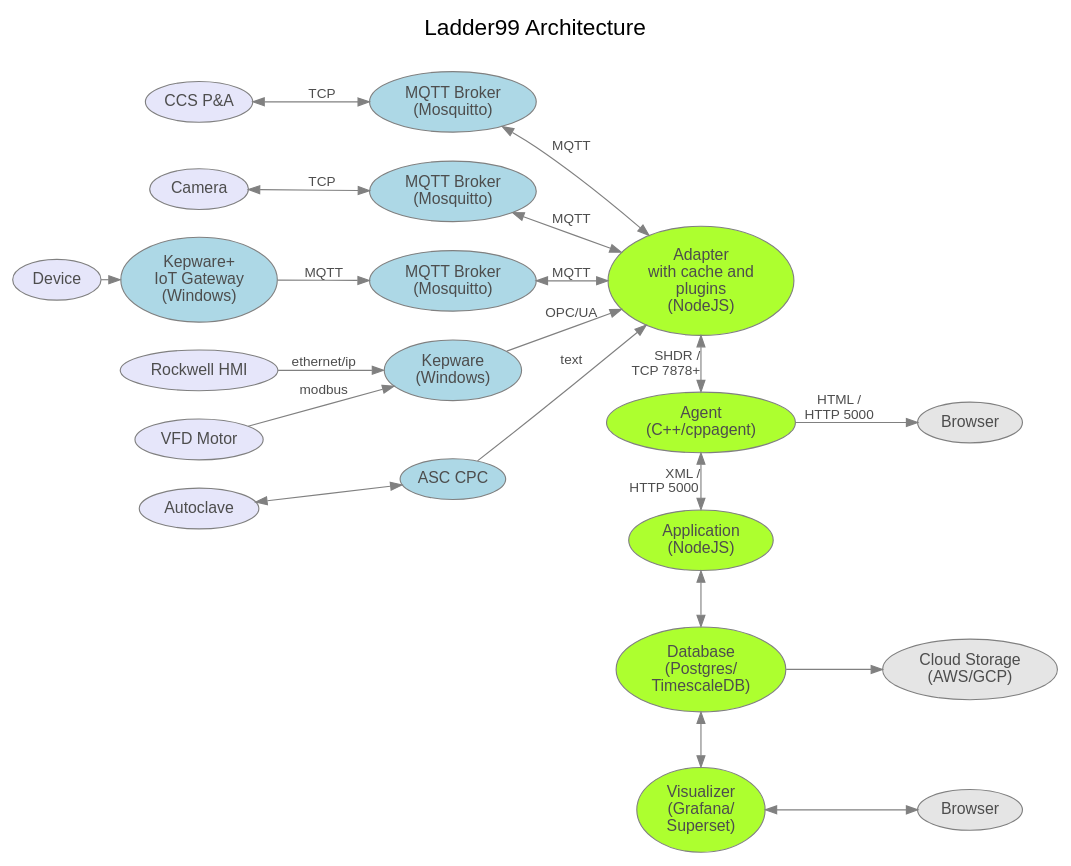
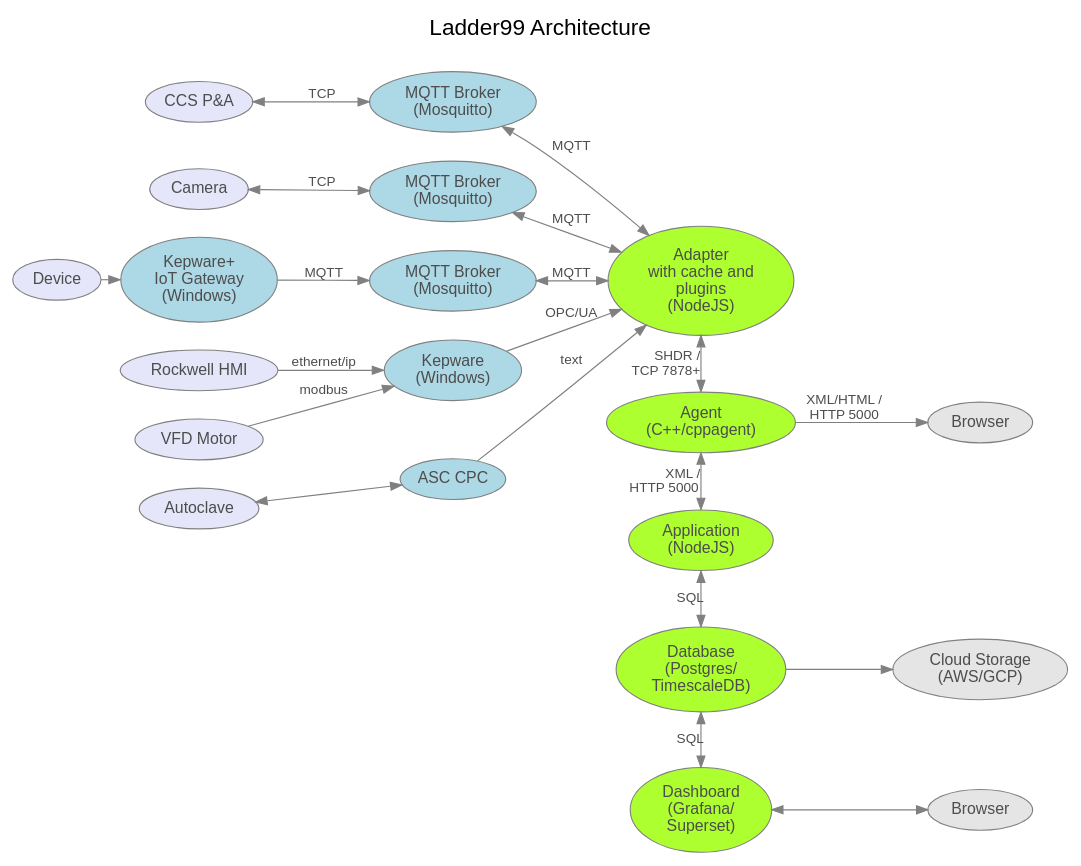
The diagram in design/architecture.dot (Ladder99/ladder99), drawn with Graphviz before and after one commit. The commit also changed 1 other file, not shown here.

```diff
--- a/design/architecture.dot
+++ b/design/architecture.dot
@@ -1,111 +1,111 @@
 // graphviz diagram
 // colors https://www.graphviz.org/doc/info/colors.html
 
 digraph {
 
   //------------------------------------------------------------------------
   // styles
   //------------------------------------------------------------------------
 
   graph [ label="Ladder99 Architecture\n ", color=lightgray; ];
   graph [ fontsize=20 ];
   graph [ labelloc=t ];
   graph [ ranksep=0.2 ];
   graph [ nodesep=0.35 ];
   graph [ rankdir=LR; ] // left-to-right
   graph [ fontname="sans-serif" ];
 
   node [ color=gray, fillcolor=white, style=filled ];
   node [ fontname="sans-serif", fontcolor=gray30 ];
 
   edge [ color=gray ];
   edge [ fontsize=12, fontcolor=gray30 ];
   edge [ fontname="sans-serif" ];
 
 
   //------------------------------------------------------------------------
   // nodes
   //------------------------------------------------------------------------
 
   // devices
   PA [ fillcolor=lavender, label="CCS P&A" ];
   HMI [ fillcolor=lavender, label="Rockwell HMI" ];
   Motor [ fillcolor=lavender, label="VFD Motor" ];
   OldMachine3 [ fillcolor=lavender, label="Device" ];
   Camera [ fillcolor=lavender, label="Camera" ];
   Autoclave [ fillcolor=lavender, label="Autoclave" ];
   // OldMachine1 [ fillcolor=lavender, label="Old Machine 1" ];
 
   // intermediaries
   Broker1 [ fillcolor=lightblue, label="MQTT Broker\n(Mosquitto)" ];
   Broker3 [ fillcolor=lightblue, label="MQTT Broker\n(Mosquitto)" ];
   Broker4 [ fillcolor=lightblue, label="MQTT Broker\n(Mosquitto)" ];
   Kepware1 [ fillcolor=lightblue, label="Kepware\n(Windows)"];
   Kepware2 [ fillcolor=lightblue, label="Kepware+\nIoT Gateway\n(Windows)"];
   CPC [ fillcolor=lightblue, label="ASC CPC" ];
   // PLC4X [ fillcolor=lightblue, label="PLC4X\n(Java)" ];
 
   // mtconnect
   Adapter [ fillcolor=greenyellow, label="Adapter\nwith cache and\nplugins\n(NodeJS)" ];
   Agent [ fillcolor=greenyellow, label="Agent\n(C++/cppagent)" ];
   Application [ fillcolor=greenyellow, label="Application\n(NodeJS)" ];
 
   // diode
   // DiodeSender [ label="Diode Sender\n(Java+RabbitMQ)" ];
   // DiodeReceiver [ label="Diode Receiver\n(Java+RabbitMQ)" ];
 
   // applications
   Database [ fillcolor=greenyellow, label="Database\n(Postgres/\nTimescaleDB)" ];
-  Visualizer [ fillcolor=greenyellow, label="Visualizer\n(Grafana/\nSuperset)" ];
+  Dashboard [ fillcolor=greenyellow, label="Dashboard\n(Grafana/\nSuperset)" ];
   Cloud [ fillcolor=gray90, label="Cloud Storage\n(AWS/GCP)" ];
   Browser [ fillcolor=gray90 ];
   Browser2 [ fillcolor=gray90, label="Browser" ];
   // LOI [ fillcolor=gray90, label="LOI\n(SvelteJS)" ];
 
   // users
   // Admin [ fillcolor=lightyellow ];
   // Operator [ fillcolor=lightyellow ];
 
 
   //------------------------------------------------------------------------
   // edges
   //------------------------------------------------------------------------
 
   PA -> Broker1 [ label="  TCP  ", dir=both ];
   Camera -> Broker3 [ label="  TCP  ", dir=both ];
   Autoclave -> CPC [ dir=both ];
   Broker1 -> Adapter [ label="MQTT", dir=both ];
   Broker3 -> Adapter [ label="MQTT", dir=both ];
   Broker4 -> Adapter [ label="MQTT", dir=both ];
   // OldMachine1 -> PLC4X; // [ label="proprietary\nprotocol" ];
   // PLC4X -> Broker3 [ label="" ];
   HMI -> Kepware1 [ label="ethernet/ip" ];
   Motor -> Kepware1 [ label="modbus" ];
   Kepware1 -> Adapter [ label="OPC/UA" ];
   // Kepware2 -> Gateway;
   CPC -> Adapter [ label="text" ];
   // Gateway -> Broker4 [ label="MQTT" ];
   OldMachine3 -> Kepware2;
   Kepware2 -> Broker4 [ label="MQTT" ];
   Adapter -> Agent [ label="SHDR /   \nTCP 7878+         ", dir=both ];
   // Adapter -> DiodeSender [ label="SHDR /   \nTCP 7878      ", dir=both, style=dotted ];
   // DiodeSender -> DiodeReceiver [ label="UDP    ", style=dotted ];
   // DiodeReceiver -> Agent [ label="SHDR /    \nTCP 7878        ", style=dotted ];
   Agent -> Application [ dir=both; label="XML / \nHTTP 5000          " ];
-  Agent -> Browser [ label="HTML /\nHTTP 5000" ];
-  Application -> Database [ dir=both ];
-  Database -> Visualizer [ dir=both ];
+  Agent -> Browser [ label="XML/HTML /\nHTTP 5000" ];
+  Application -> Database [ label="SQL", dir=both ];
+  Database -> Dashboard [ label="SQL", dir=both ];
   Database -> Cloud;
-  Visualizer -> Browser2 [ dir=both ];
+  Dashboard -> Browser2 [ dir=both ];
   // Application -> LOI;
   // LOI -> Operator;
 
 
   //------------------------------------------------------------------------
   // ranks
   //------------------------------------------------------------------------
 
-  { rank=same; Adapter Agent Application Database Visualizer };
+  { rank=same; Adapter Agent Application Database Dashboard };
   // { rank=same; DiodeSender DiodeReceiver Cloud Admin };
   // { rank=same; Cloud Admin };
 }
```
